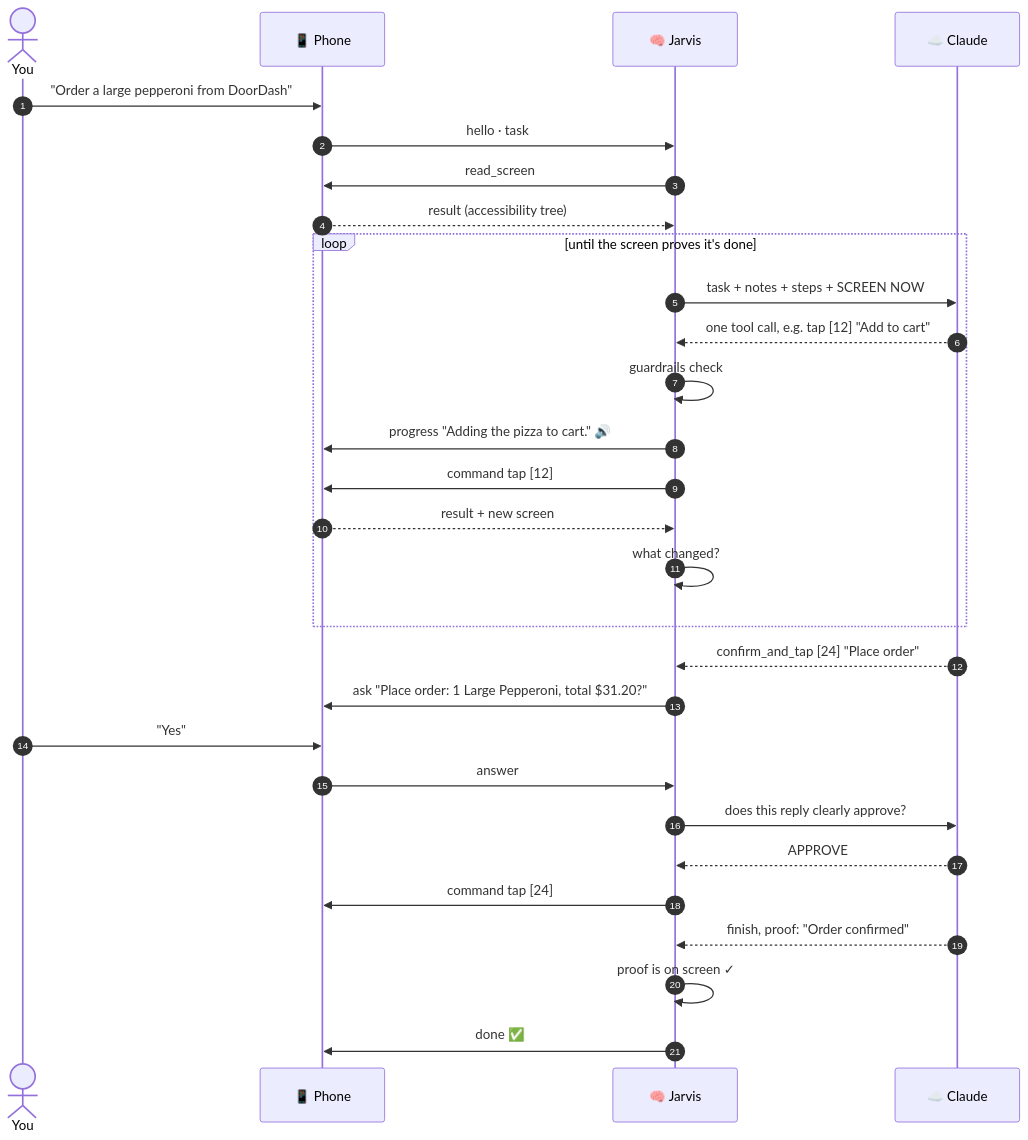
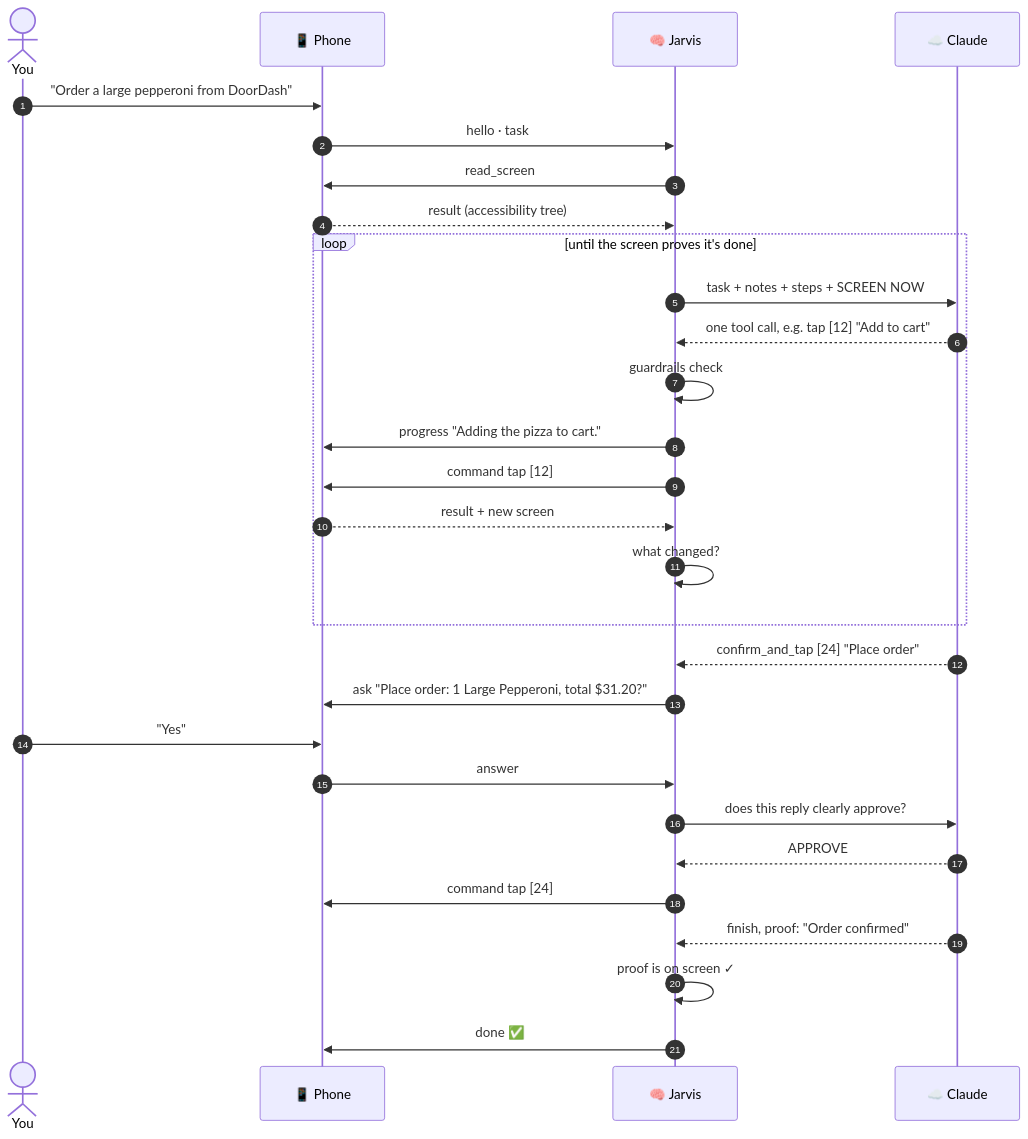
One commit to akash-ravi/AQUA changed the diagram in README.md. Above: the diagram before and after it, drawn with Mermaid. The commit also changed other lines of this file and 2 other files, not shown here.

````diff
--- a/README.md
+++ b/README.md
@@ -257,32 +258,32 @@
 ```mermaid
 sequenceDiagram
     autonumber
     actor U as You
     participant P as 📱 Phone
     participant J as 🧠 Jarvis
     participant C as ☁️ Claude
 
     U->>P: "Order a large pepperoni from DoorDash"
     P->>J: hello · task
     J->>P: read_screen
     P-->>J: result (accessibility tree)
     loop until the screen proves it's done
         J->>C: task + notes + steps + SCREEN NOW
         C-->>J: one tool call, e.g. tap [12] "Add to cart"
         J->>J: guardrails check
-        J->>P: progress "Adding the pizza to cart." 🔊
+        J->>P: progress "Adding the pizza to cart."
         J->>P: command tap [12]
         P-->>J: result + new screen
         J->>J: what changed?
     end
     C-->>J: confirm_and_tap [24] "Place order"
     J->>P: ask "Place order: 1 Large Pepperoni, total $31.20?"
     U->>P: "Yes"
     P->>J: answer
     J->>C: does this reply clearly approve?
     C-->>J: APPROVE
     J->>P: command tap [24]
     C-->>J: finish, proof: "Order confirmed"
     J->>J: proof is on screen ✓
     J->>P: done ✅
 ```
````
